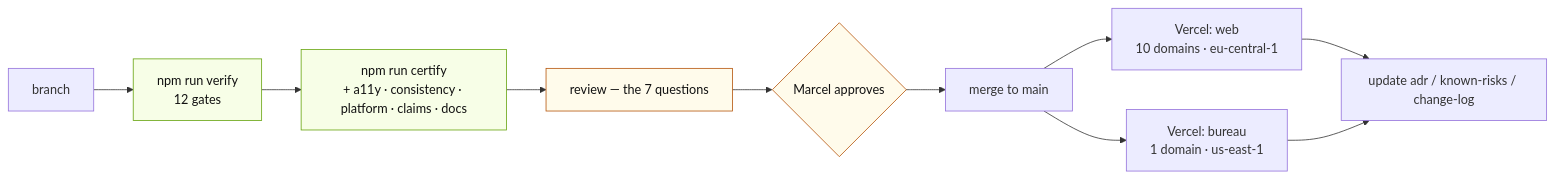
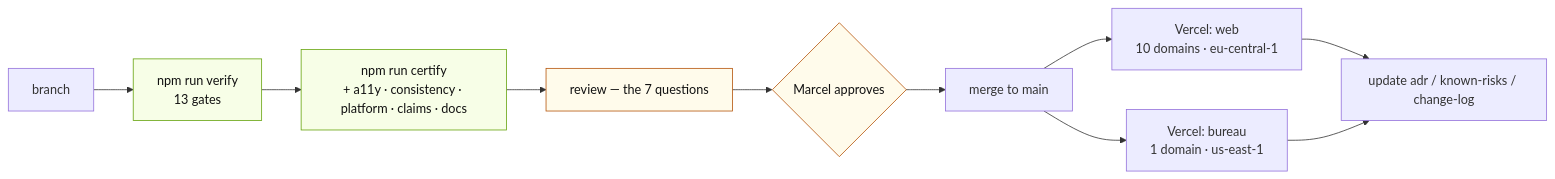
Before and after one commit to buddy1974/maxpromo.digital: the eighth of 10 diagrams in docs/architecture/diagrams.md, drawn with Mermaid. The commit also changed 15 other files, not shown here.

````diff
--- a/docs/architecture/diagrams.md
+++ b/docs/architecture/diagrams.md
@@ -276,19 +276,19 @@
 ```mermaid
 flowchart LR
-  BR["branch"] --> V["npm run verify<br/>12 gates"]
+  BR["branch"] --> V["npm run verify<br/>13 gates"]
   V --> C["npm run certify<br/>+ a11y · consistency · platform · claims · docs"]
   C --> REV["review — the 7 questions"]
   REV --> APP{"Marcel approves"}
   APP --> MERGE["merge to main"]
 
   MERGE --> VW["Vercel: web<br/>10 domains · eu-central-1"]
   MERGE --> VB["Vercel: bureau<br/>1 domain · us-east-1"]
 
   VW --> DOC["update adr / known-risks / change-log"]
   VB --> DOC
 
   classDef gate fill:#F7FEE7,stroke:#65A30D,color:#111111
   classDef human fill:#FFFBEB,stroke:#B45309,color:#111111
   class V,C gate
   class REV,APP human
 ```
````
